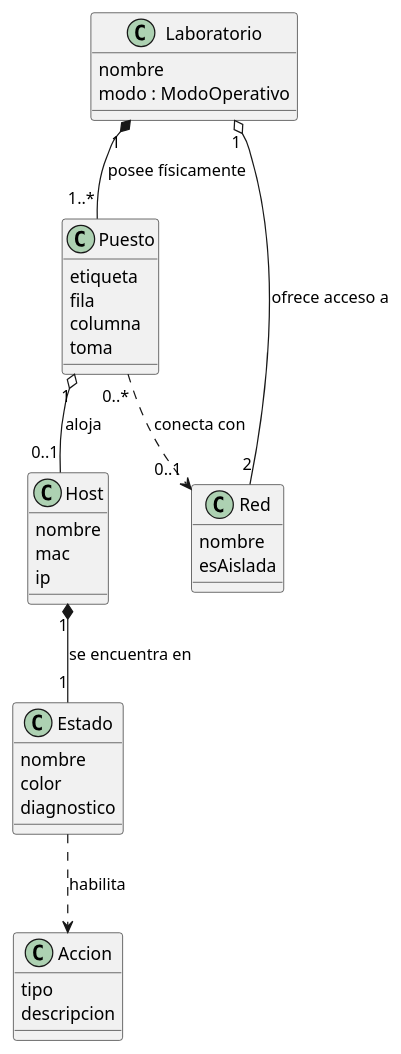
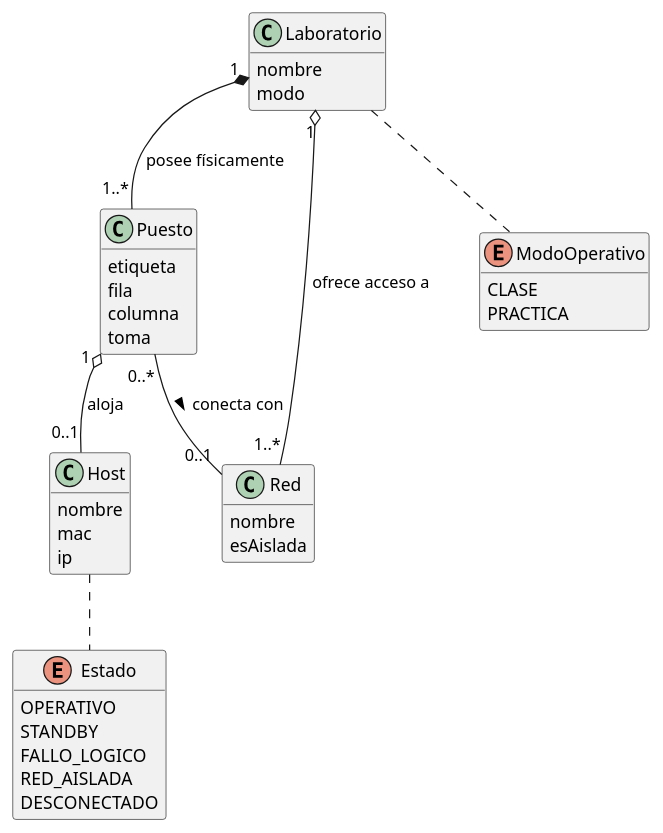
The diagram in RUP/00-casos-uso/00-modelo-del-dominio/diagrama-clases.puml (Carlos-Lima2510/mesh-panel), drawn with PlantUML before and after one commit. The commit also changed 2 other files, not shown here.

Commit message:
refactor: Update class and state diagrams for consistency and clarity

```diff
--- a/RUP/00-casos-uso/00-modelo-del-dominio/diagrama-clases.puml
+++ b/RUP/00-casos-uso/00-modelo-del-dominio/diagrama-clases.puml
@@ -1,46 +1,50 @@
 @startuml diagrama-clases
+
+hide empty members
 
 class Laboratorio {
     nombre
-    modo : ModoOperativo
+    modo
 }
 
 class Puesto {
     etiqueta
     fila
     columna
     toma
 }
 
 class Host {
     nombre
     mac
     ip
 }
 
 class Red {
     nombre
     esAislada
 }
 
-class Estado {
-    nombre
-    color
-    diagnostico
+enum ModoOperativo {
+    CLASE
+    PRACTICA
 }
 
-class Accion {
-    tipo
-    descripcion
+enum Estado {
+    OPERATIVO
+    STANDBY
+    FALLO_LOGICO
+    RED_AISLADA
+    DESCONECTADO
 }
 
-Laboratorio "1" *-- "1..*" Puesto : "posee físicamente"
-Laboratorio "1" o-- "2" Red : "ofrece acceso a"
+Laboratorio..ModoOperativo
+Host..Estado
 
-Puesto "1" o-- "0..1" Host : "aloja"
-Puesto "0..*" ..> "0..1" Red : "conecta con"
+Laboratorio "1" *-- "1..*" Puesto : posee físicamente
+Laboratorio "1" o-- "1..*" Red : ofrece acceso a
 
-Host "1" *-- "1" Estado : "se encuentra en"
-Estado ..> Accion : "habilita"
+Puesto "1" o-- "0..1" Host : aloja
+Puesto "0..*" -- "0..1" Red : conecta con >
 
 @enduml
```
